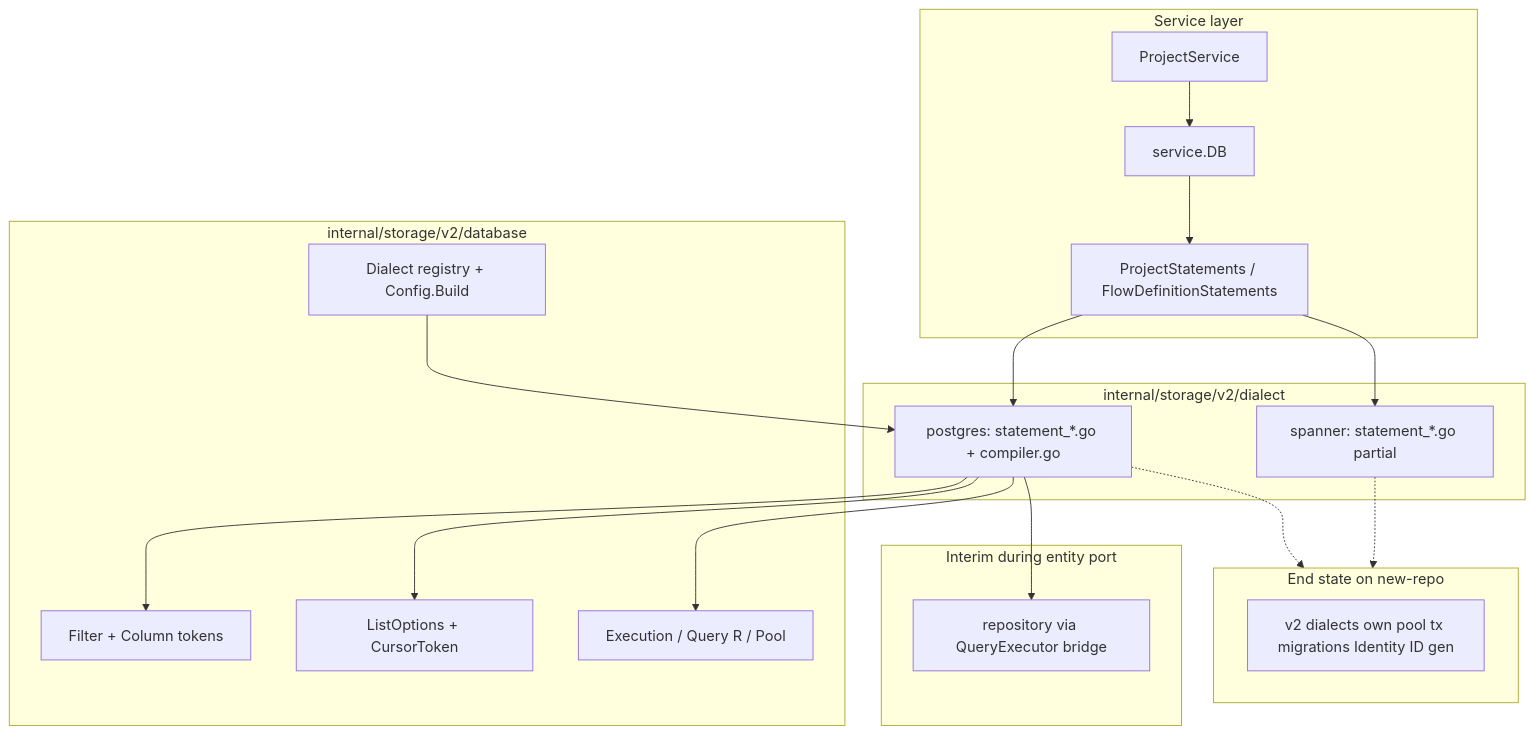
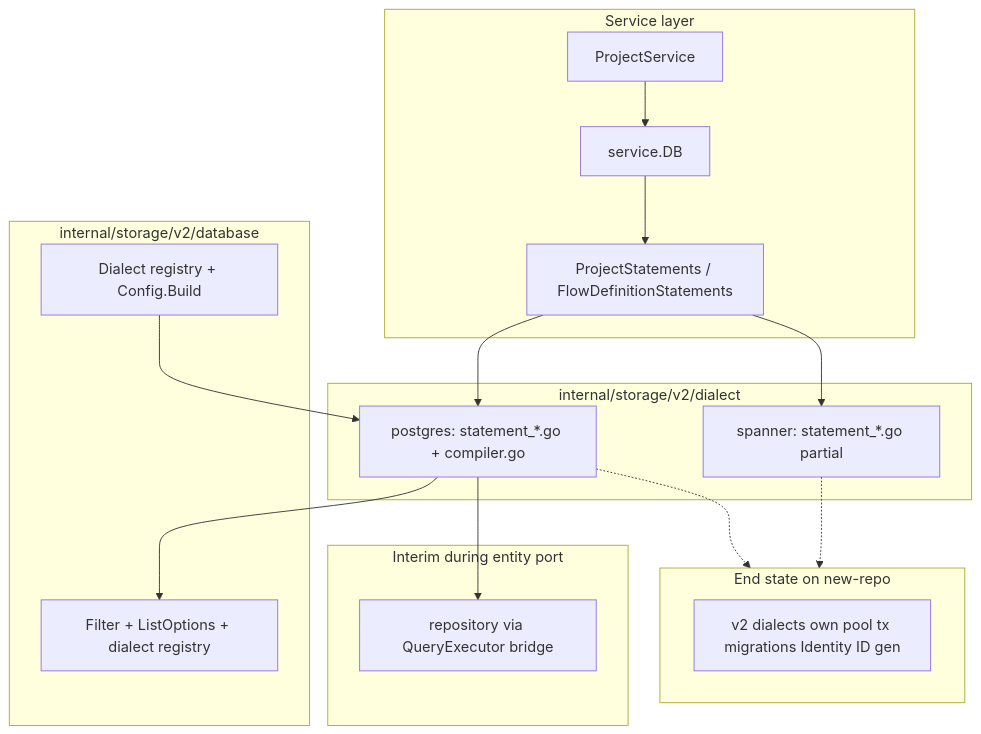
The first of 2 diagrams in docs/adrs/027-storage-v2-statements-and-dialects.md (zitadel/nextgen), drawn with Mermaid before and after one commit. The commit also changed other lines of this file and 2 other files, not shown here.

````diff
--- a/docs/adrs/027-storage-v2-statements-and-dialects.md
+++ b/docs/adrs/027-storage-v2-statements-and-dialects.md
@@ -103,36 +105,32 @@
 ```mermaid
 flowchart TB
     subgraph serviceLayer [Service layer]
         ProjectService
         StatementIfaces["ProjectStatements / FlowDefinitionStatements"]
         serviceDB["service.DB"]
     end
     subgraph v2core [internal/storage/v2/database]
-        Filter["Filter + Column tokens"]
-        ListOpts["ListOptions + CursorToken"]
-        Contracts["Execution / Query R / Pool"]
+        CoreTypes["Filter + ListOptions + dialect registry"]
         DialectReg["Dialect registry + Config.Build"]
     end
     subgraph dialects [internal/storage/v2/dialect]
         pg["postgres: statement_*.go + compiler.go"]
         sp["spanner: statement_*.go partial"]
     end
     subgraph interim [Interim during entity port]
         v1Repos["repository via QueryExecutor bridge"]
     end
     subgraph endState [End state on new-repo]
         v2Only["v2 dialects own pool tx migrations Identity ID gen"]
     end
 
     ProjectService --> serviceDB
     serviceDB --> StatementIfaces
     StatementIfaces --> pg
     StatementIfaces --> sp
-    pg --> Filter
-    pg --> ListOpts
-    pg --> Contracts
+    pg --> CoreTypes
     DialectReg --> pg
     pg --> v1Repos
     pg -.-> endState
     sp -.-> endState
 ```
````
